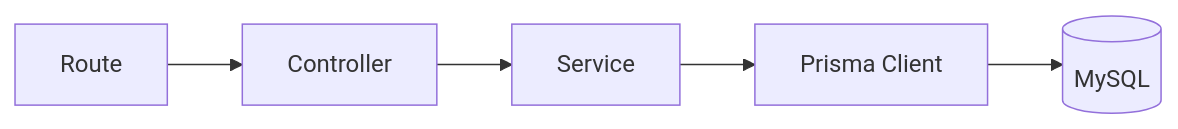
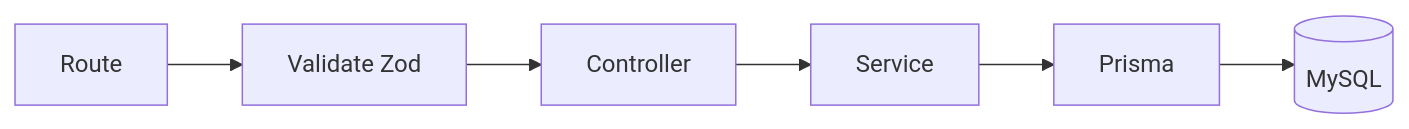
Before and after one commit to Ivy-Mk2/Proyecto-de-tienda-online---Front-Back-End: the diagram in docs/arquitectura/05-Backend.md, drawn with Mermaid. The commit also changed other lines of this file and 8 other files, not shown here.

````diff
--- a/docs/arquitectura/05-Backend.md
+++ b/docs/arquitectura/05-Backend.md
@@ -15,7 +31,8 @@
 ```mermaid
 flowchart LR
-  R[Route] --> C[Controller]
-  C --> S[Service]
-  S --> P[Prisma Client]
-  P --> DB[(MySQL)]
+  A[Route] --> B[Validate Zod]
+  B --> C[Controller]
+  C --> D[Service]
+  D --> E[Prisma]
+  E --> F[(MySQL)]
 ```
````
